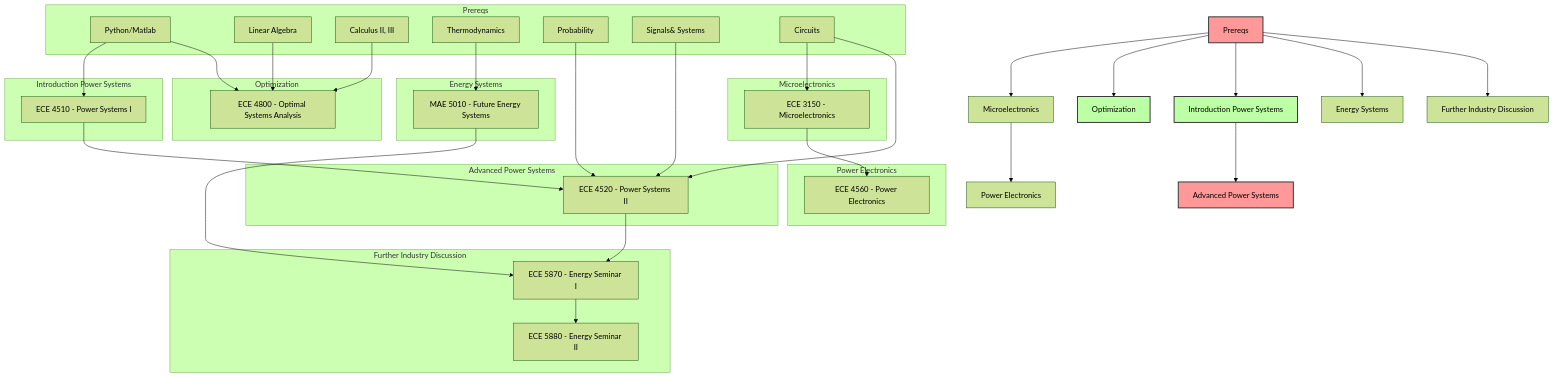
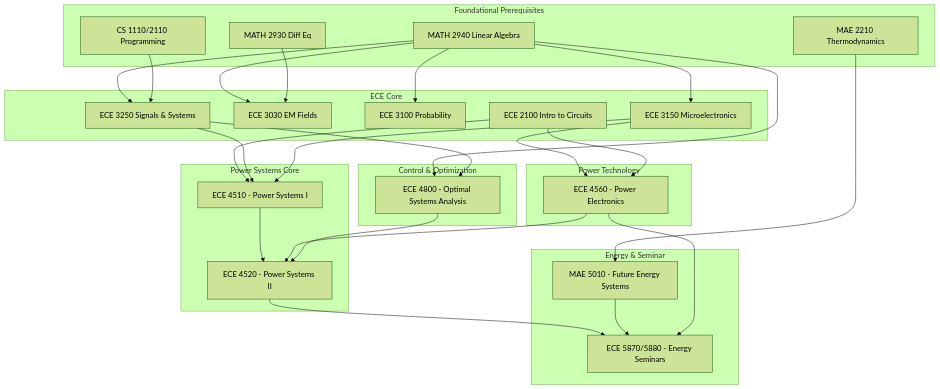
Before and after one commit to jmyphn/engineering-wiki: the diagram in ecepower.md, drawn with Mermaid (forest theme). The commit also changed other lines of this file and 9 other files, not shown here.

````diff
--- a/ecepower.md
+++ b/ecepower.md
@@ -15,79 +15,70 @@
 ```mermaid
 flowchart TD
-    A[Prereqs]
-    A --> G[Microelectronics]
-    G --> H[Power Electronics]
-    A --> E[Optimization]
-    A --> C[Introduction Power Systems]
-    A --> I[Energy Systems]
-    C --> D[Advanced Power Systems]
-    A --> F[Further Industry Discussion]
 
-    subgraph A1[Prereqs]
-        A1a[Python/Matlab]
-        A1b[Linear Algebra]
-        A1c[Calculus II, III]
-        A1e[Thermodynamics]
-        A1f[Probability]
-        A1g[Signals& Systems]
-        A1h[Circuits]
-
+    subgraph A1[Foundational Prerequisites]
+        A1a[MATH 2940 Linear Algebra]
+        A1b[MATH 2930 Diff Eq]
+        A1c[CS 1110/2110 Programming]
+        A1d[MAE 2210 Thermodynamics]
     end
 
-    subgraph C1[Introduction Power Systems]
-        C1a[ECE 4510 - Power Systems I]
-        
-
+    subgraph B1[ECE Core]
+        B1a[ECE 2100 Intro to Circuits]
+        B1b[ECE 3030 EM Fields]
+        B1c[ECE 3100 Probability]
+        B1d[ECE 3250 Signals & Systems]
+        B1e[ECE 3150 Microelectronics]
     end
 
-    subgraph D1[Advanced Power Systems]
-        D1a[ECE 4520 - Power Systems II]
-
+    subgraph C1[Power Systems Core]
+        C1a[ECE 4510 - Power Systems I]
+        C1b[ECE 4520 - Power Systems II]
     end
 
-    subgraph E1[Optimization]
+    subgraph D1[Power Technology]
+        D1a[ECE 4560 - Power Electronics]
+    end
+
+    subgraph E1[Control & Optimization]
         E1a[ECE 4800 - Optimal Systems Analysis]
-        
     end
     
-    subgraph G1[Microelectronics]
-        G1a[ECE 3150 - Microelectronics]
-        
+    subgraph F1[Energy & Seminar]
+        F1a[MAE 5010 - Future Energy Systems]
+        F1b[ECE 5870/5880 - Energy Seminars]
     end
 
-    subgraph H1[Power Electronics]
-        H1a[ECE 4560 - Power Electronics]
-        
-    end
+    %% Foundation to Core ECE
+    A1a --> B1b
+    A1b --> B1b
+    A1a --> B1c
+    A1a --> B1d
+    A1a --> B1e
+    A1c --> B1d
+    
+    %% Core ECE to Power Systems Core
+    B1a --> C1a
+    B1d --> C1a
+    B1e --> C1a
+    
+    %% Core ECE to Power Technology
+    B1e --> D1a
+    B1a --> D1a
+    
+    %% Core ECE to Control/Optimization
+    A1a --> E1a
+    B1d --> E1a
+    
+    %% Core to Advanced Power
+    C1a --> C1b
+    D1a --> C1b
+    E1a --> C1b
 
-    subgraph I1[Energy Systems]
-        I1a[MAE 5010 - Future Energy Systems]
-        
-    end
-    subgraph F1[Further Industry Discussion]
-        F1a[ECE 5870 - Energy Seminar I]
-        F1b[ECE 5880 - Energy Seminar II]
-        
-    end
-
-    C1a --> D1a
-    G1a --> H1a
-    A1e --> I1a
-    D1a --> F1a
+    %% Non-ECE Integration
+    A1d --> F1a
+    
+    %% Advanced to Seminars/Integration
+    C1b --> F1b
     F1a --> F1b
-    I1a --> F1a
-    A1g --> D1a
-    A1b --> E1a
-    A1c --> E1a
-    A1h --> G1a
-    A1a --> C1a
-    A1f --> D1a
-    A1h --> D1a
-    A1a --> E1a
-
-    classDef redNode fill:#FF9999,stroke:#333,stroke-width:2px;
-    classDef greenNode fill:#BDFFA4,stroke:#333,stroke-width:2px;
-
-    class A,D redNode;
-    class C,E greenNode;
+    D1a --> F1b
 ```
````
